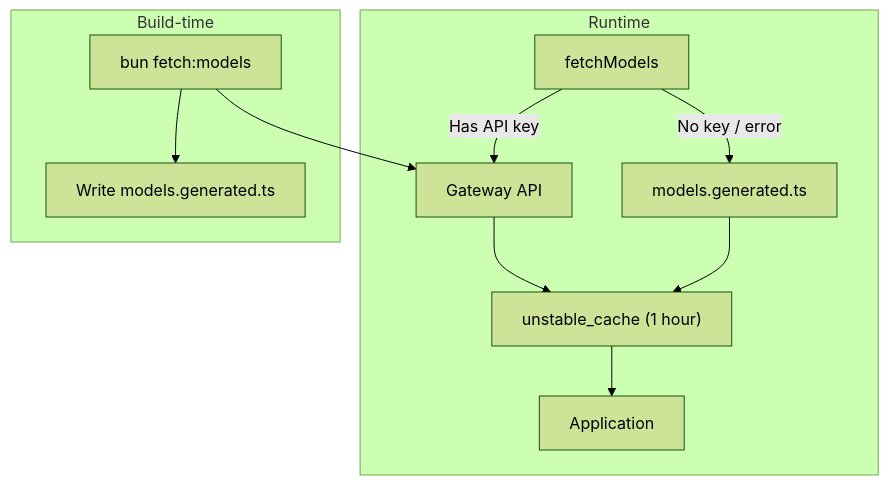
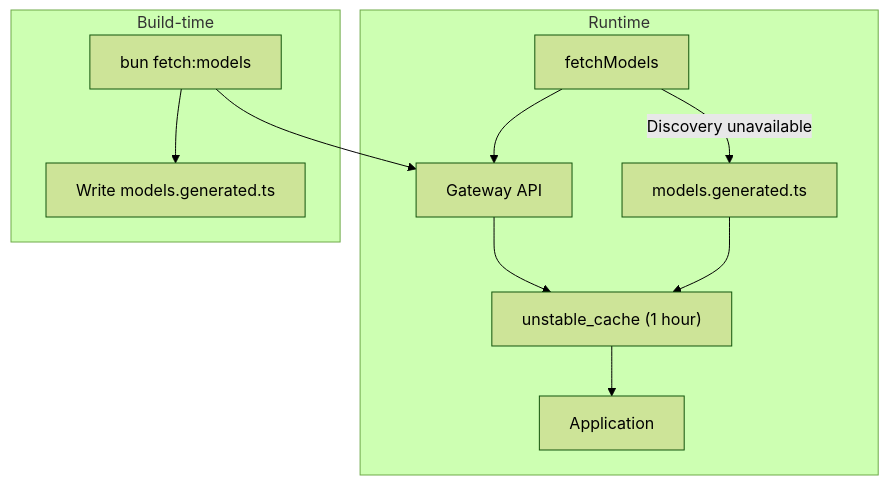
The diagram in apps/docs/gateways/overview.mdx (FranciscoMoretti/chat-js), drawn with Mermaid (forest theme) before and after one commit. The commit also changed other lines of this file and 36 other files, not shown here.

First line of the commit message:
Discover gateway chat models by default (#958)

````diff
--- a/apps/docs/gateways/overview.mdx
+++ b/apps/docs/gateways/overview.mdx
@@ -43,14 +43,14 @@
 ```mermaid
 flowchart TB
     subgraph Runtime
-        Fetch[fetchModels] -->|Has API key| API[Gateway API]
-        Fetch -->|No key / error| Fallback[models.generated.ts]
+        Fetch[fetchModels] --> API[Gateway API]
+        Fetch -->|Discovery unavailable| Fallback[models.generated.ts]
         API --> Cache["unstable_cache (1 hour)"]
         Fallback --> Cache
         Cache --> App[Application]
     end
     subgraph Build-time
         Script["bun fetch:models"] --> API
         Script --> Gen[Write models.generated.ts]
     end
 ```
````
